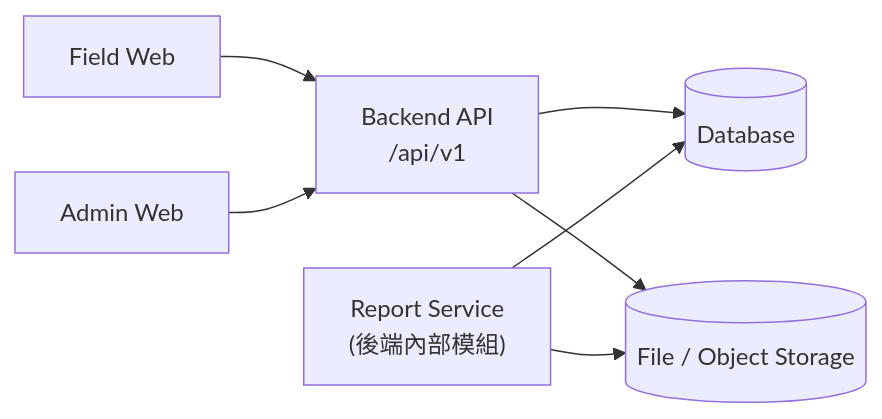
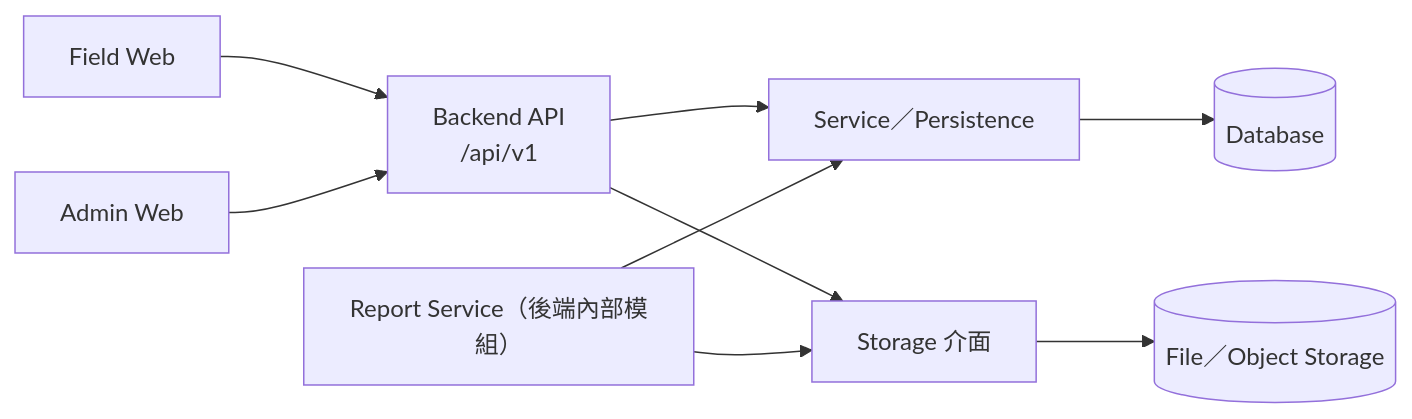
The first of 5 diagrams in docs/intents/02-principles.md (speko-tw/inspect-flow), drawn with Mermaid before and after one commit. The commit also changed other lines of this file and 5 other files, not shown here.

````diff
--- a/docs/intents/02-principles.md
+++ b/docs/intents/02-principles.md
@@ -22,9 +16,11 @@
 ```mermaid
 graph LR
   FW["Field Web"] --> API["Backend API<br/>/api/v1"]
   AW["Admin Web"] --> API
-  API --> DB[("Database")]
-  API --> ST[("File / Object Storage")]
-  RS["Report Service<br/>(後端內部模組)"] --> DB
-  RS --> ST
+  API --> PS["Service／Persistence"]
+  API --> SS["Storage 介面"]
+  RS["Report Service（後端內部模組）"] --> PS
+  RS --> SS
+  PS --> DB[("Database")]
+  SS --> ST[("File／Object Storage")]
 ```
````
